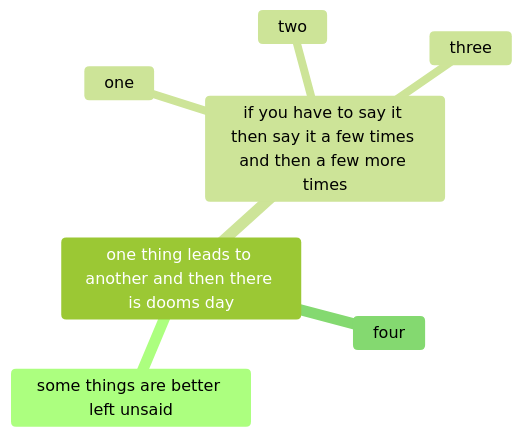
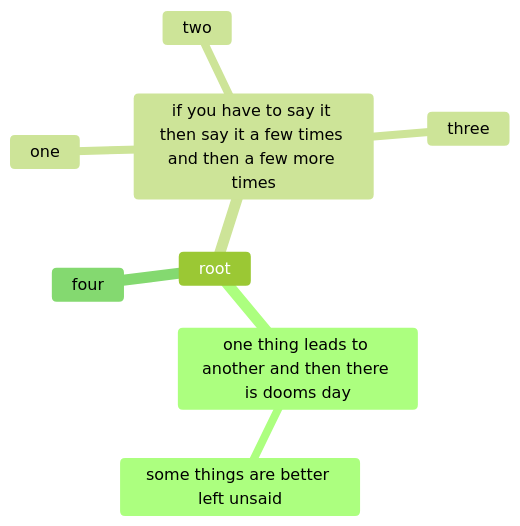
The diagram in content/index.md (brijsethi/brijse), drawn with Mermaid (forest theme) before and after one commit. The commit also changed 1 other file, not shown here.

````diff
--- a/content/index.md
+++ b/content/index.md
@@ -11,10 +11,11 @@
 ```mermaid
 	mindmap
-		one thing leads to another and then there is dooms day
-			some things are better left unsaid
+		root
+			one thing leads to another and then there is dooms day
+				some things are better left unsaid
 			if you have to say it then say it a few times and then a few more times
-				one
-				two
-				three
+					one
+					two
+					three
 			four
 ```
````
